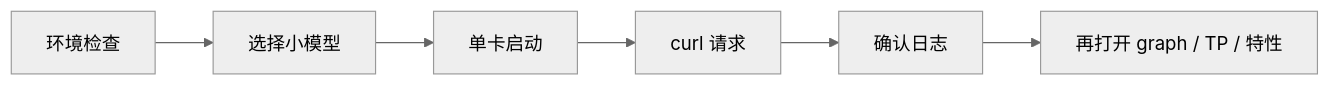
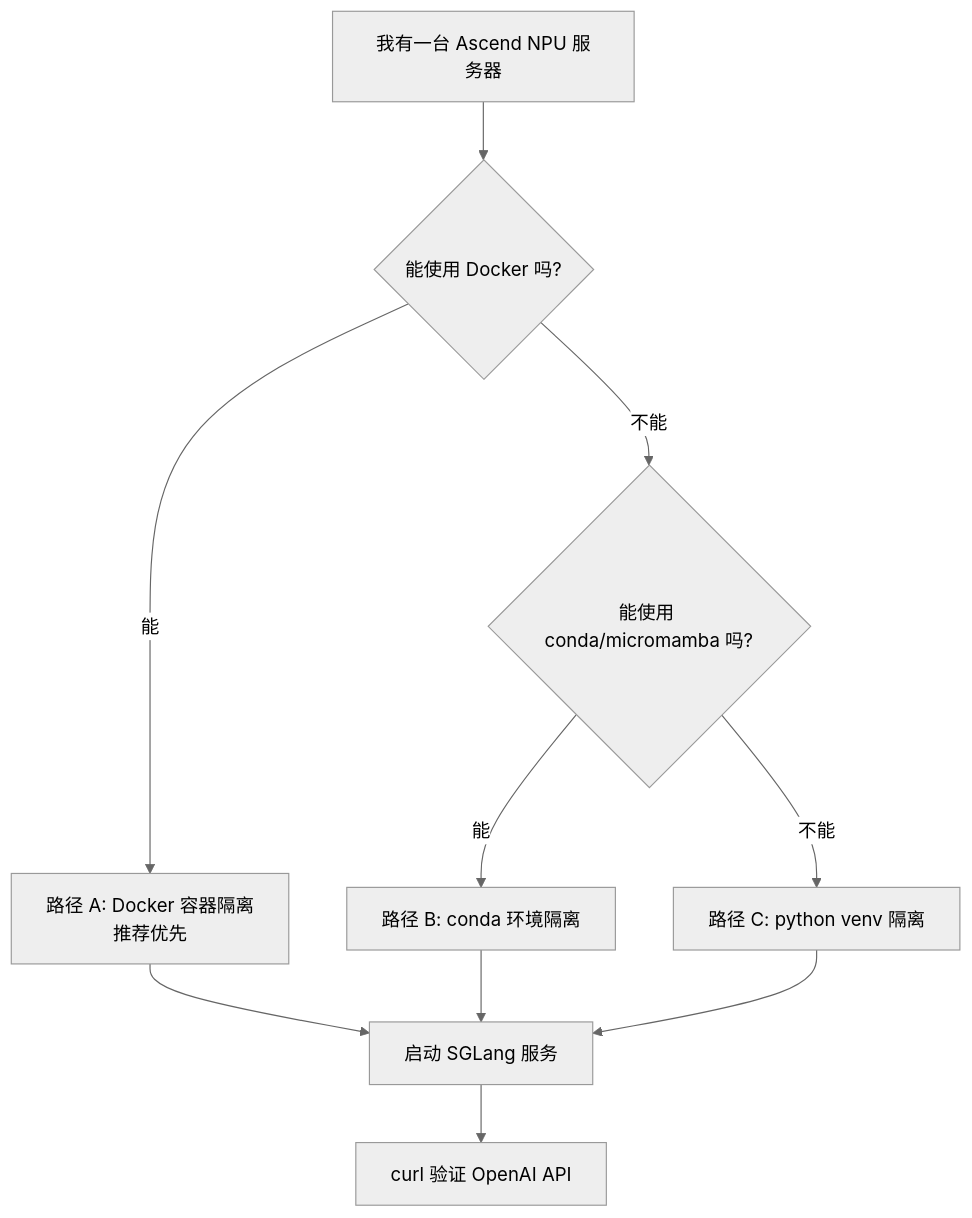
The first of 2 diagrams in learning/sglang-ascend-npu/03-launch-and-minimal-serving.md (cl-vv-h/SGLang_Tutor), drawn with Mermaid (neutral theme) before and after one commit. The commit also changed other lines of this file, not shown here.

Commit message:
docs: expand Ascend NPU launch environment guide

````diff
--- a/learning/sglang-ascend-npu/03-launch-and-minimal-serving.md
+++ b/learning/sglang-ascend-npu/03-launch-and-minimal-serving.md
@@ -7,8 +17,12 @@
 ```mermaid
-flowchart LR
-  A["环境检查"] --> B["选择小模型"]
-  B --> C["单卡启动"]
-  C --> D["curl 请求"]
-  D --> E["确认日志"]
-  E --> F["再打开 graph / TP / 特性"]
+flowchart TD
+  A["我有一台 Ascend NPU 服务器"] --> B{"能使用 Docker 吗?"}
+  B -->|"能"| C["路径 A: Docker 容器隔离<br/>推荐优先"]
+  B -->|"不能"| D{"能使用 conda/micromamba 吗?"}
+  D -->|"能"| E["路径 B: conda 环境隔离"]
+  D -->|"不能"| F["路径 C: python venv 隔离"]
+  C --> G["启动 SGLang 服务"]
+  E --> G
+  F --> G
+  G --> H["curl 验证 OpenAI API"]
 ```
````
